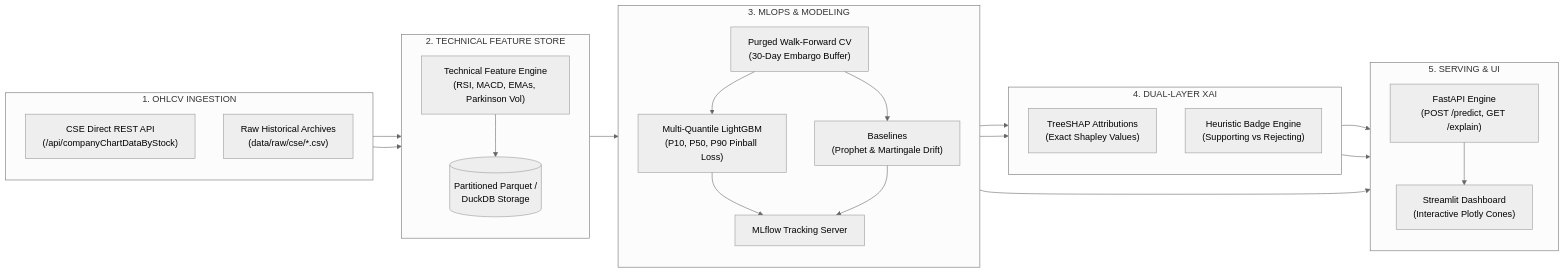
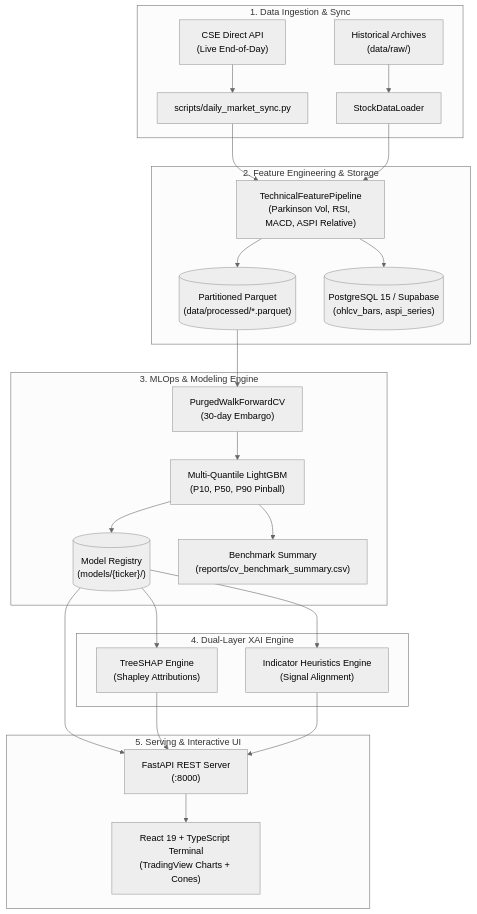
The diagram in README.md (madhushankast/cse-market-intelligence), drawn with Mermaid (neutral theme) before and after one commit. The commit also changed other lines of this file and 59 other files, not shown here.

Commit message:
chore: standardize repository architecture, clean legacy prototypes, and update portfolio documentation

````diff
--- a/README.md
+++ b/README.md
@@ -36,39 +74,30 @@
 ```mermaid
-flowchart LR
-    subgraph S1["1. OHLCV INGESTION"]
-        direction TB
-        CSE["CSE Direct REST API\n(/api/companyChartDataByStock)"]
-        Raw["Raw Historical Archives\n(data/raw/cse/*.csv)"]
+flowchart TD
+    subgraph S1["1. Data Ingestion & Sync"]
+        CSE["CSE Direct API\n(Live End-of-Day)"] --> Sync["scripts/daily_market_sync.py"]
+        Raw["Historical Archives\n(data/raw/)"] --> Loader["StockDataLoader"]
     end
 
-    subgraph S2["2. TECHNICAL FEATURE STORE"]
-        direction TB
-        Tech["Technical Feature Engine\n(RSI, MACD, EMAs, Parkinson Vol)"]
-        Parquet[("Partitioned Parquet /\nDuckDB Storage")]
+    subgraph S2["2. Feature Engineering & Storage"]
+        Sync & Loader --> FE["TechnicalFeaturePipeline\n(Parkinson Vol, RSI, MACD, ASPI Relative)"]
+        FE --> Parquet[("Partitioned Parquet\n(data/processed/*.parquet)")]
+        FE --> Postgres[("PostgreSQL 15 / Supabase\n(ohlcv_bars, aspi_series)")]
     end
 
-    subgraph S3["3. MLOPS & MODELING"]
-        direction TB
-        CV["Purged Walk-Forward CV\n(30-Day Embargo Buffer)"]
-        LGBM["Multi-Quantile LightGBM\n(P10, P50, P90 Pinball Loss)"]
-        Base["Baselines\n(Prophet & Martingale Drift)"]
-        MLflow["MLflow Tracking Server"]
+    subgraph S3["3. MLOps & Modeling Engine"]
+        Parquet --> CV["PurgedWalkForwardCV\n(30-day Embargo)"]
+        CV --> LGBM["Multi-Quantile LightGBM\n(P10, P50, P90 Pinball)"]
+        LGBM --> Models[("Model Registry\n(models/{ticker}/)")]
+        LGBM --> Bench["Benchmark Summary\n(reports/cv_benchmark_summary.csv)"]
     end
 
-    subgraph S4["4. DUAL-LAYER XAI"]
-        direction TB
-        SHAP["TreeSHAP Attributions\n(Exact Shapley Values)"]
-        Heuristics["Heuristic Badge Engine\n(Supporting vs Rejecting)"]
+    subgraph S4["4. Dual-Layer XAI Engine"]
+        Models --> SHAP["TreeSHAP Engine\n(Shapley Attributions)"]
+        Models --> Heuristics["Indicator Heuristics Engine\n(Signal Alignment)"]
     end
 
-    subgraph S5["5. SERVING & UI"]
-        direction TB
-        API["FastAPI Engine\n(POST /predict, GET /explain)"]
-        UI["Streamlit Dashboard\n(Interactive Plotly Cones)"]
+    subgraph S5["5. Serving & Interactive UI"]
+        Models & SHAP & Heuristics --> FastAPI["FastAPI REST Server\n(:8000)"]
+        FastAPI --> React["React 19 + TypeScript Terminal\n(TradingView Charts + Cones)"]
     end
-
-    CSE & Raw --> Tech --> Parquet
-    Parquet --> CV --> LGBM & Base --> MLflow
-    LGBM --> SHAP & Heuristics
-    LGBM & SHAP & Heuristics --> API --> UI
 ```
````
